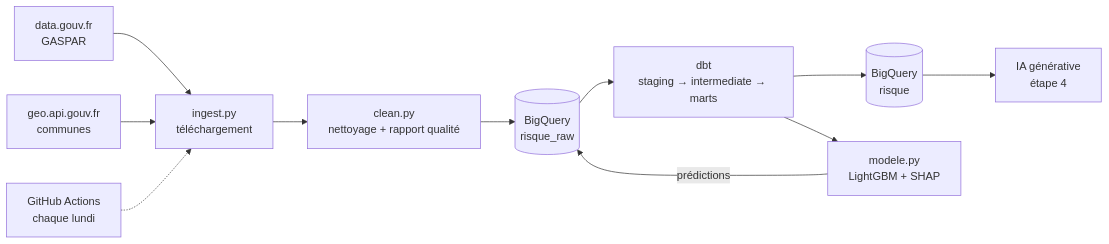
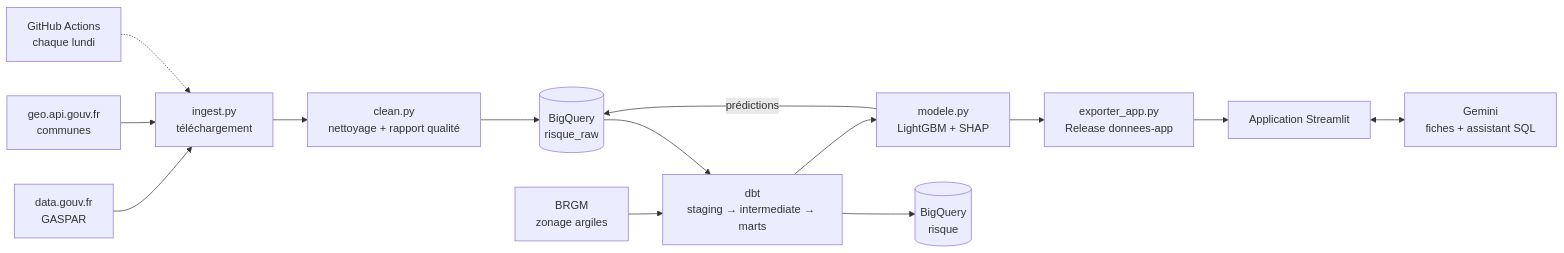
The first of 2 diagrams in README.md (sabcelia1/risque-climatique-communes), drawn with Mermaid before and after one commit. The commit also changed other lines of this file and 4 other files, not shown here.

Commit message:
Application : fiches d'exemple masquées si les données ont changé, exposition non cartographiée explicite ; README final

````diff
--- a/README.md
+++ b/README.md
@@ -48,13 +58,16 @@
 ```mermaid
 flowchart LR
     A[data.gouv.fr<br/>GASPAR] --> C[ingest.py<br/>téléchargement]
     B[geo.api.gouv.fr<br/>communes] --> C
     C --> D[clean.py<br/>nettoyage + rapport qualité]
     D --> E[(BigQuery<br/>risque_raw)]
     E --> F[dbt<br/>staging → intermediate → marts]
     F --> G[(BigQuery<br/>risque)]
     F --> H[modele.py<br/>LightGBM + SHAP]
     H -->|prédictions| E
-    G --> I[IA générative<br/>étape 4]
+    K[BRGM<br/>zonage argiles] --> F
+    H --> X[exporter_app.py<br/>Release donnees-app]
+    X --> S[Application Streamlit]
+    S <--> I[Gemini<br/>fiches + assistant SQL]
     J[GitHub Actions<br/>chaque lundi] -.-> C
 ```
````
